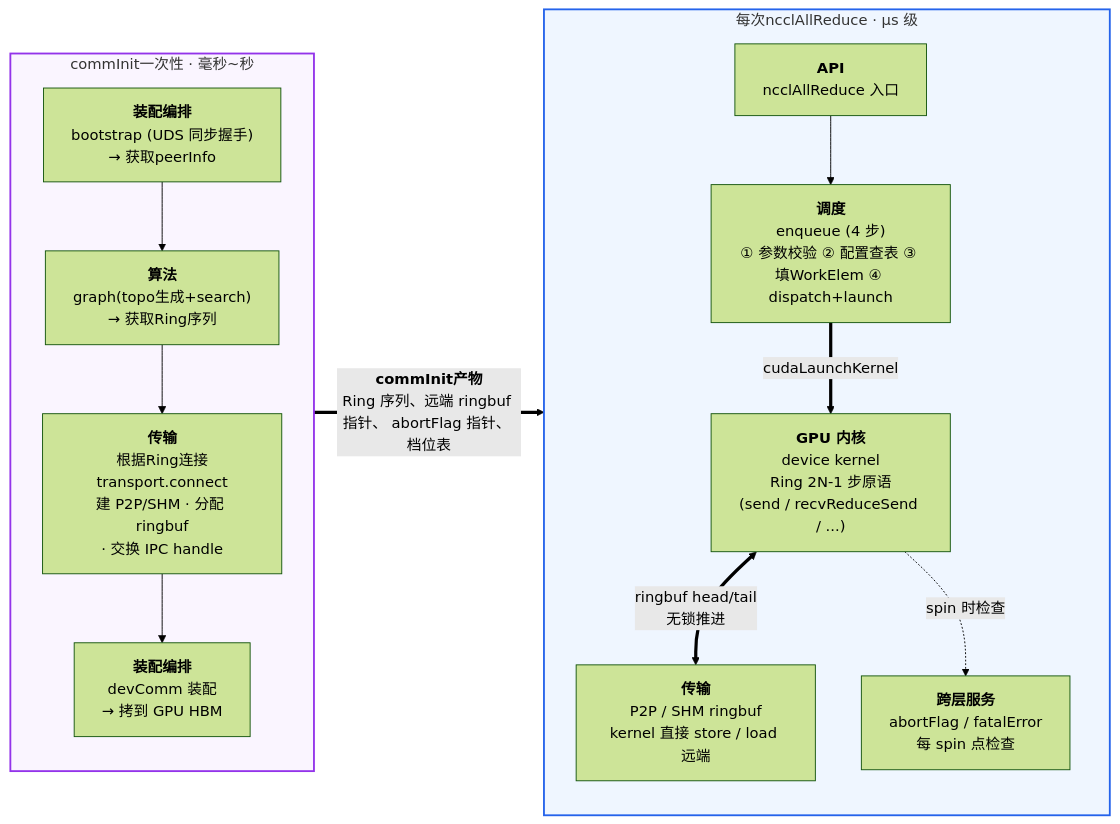
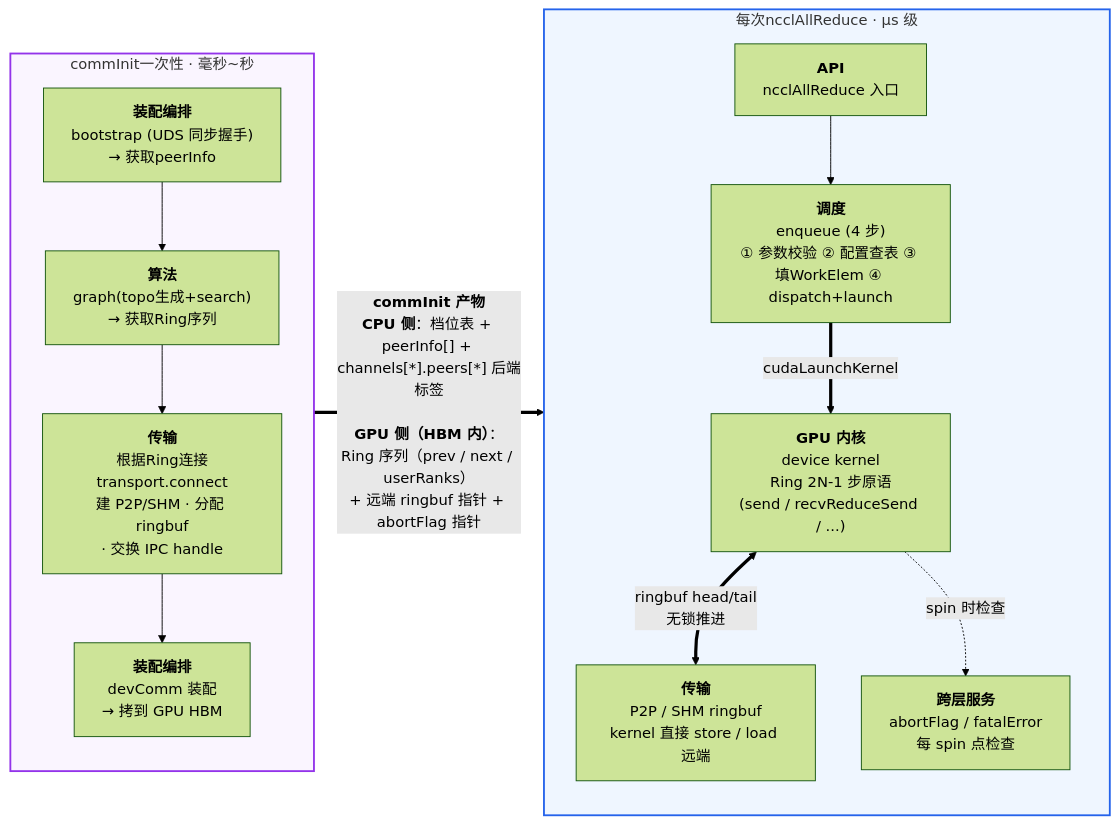
Before and after one commit to AaronYang238/nccl_doc: the first of 7 diagrams in allreduce-outline-design-v1.0/allreduce-outline-design-v2.0.md, drawn with Mermaid (forest theme). The commit also changed other lines of this file and 1 other file, not shown here.

````diff
--- a/allreduce-outline-design-v1.0/allreduce-outline-design-v2.0.md
+++ b/allreduce-outline-design-v1.0/allreduce-outline-design-v2.0.md
@@ -185,31 +185,31 @@
 ```mermaid
 flowchart LR
   subgraph INIT["commInit一次性 · 毫秒~秒"]
     direction TB
     I_BOOT["<b>装配编排</b><br/>bootstrap (UDS 同步握手)<br/>→ 获取peerInfo"]
     I_GRAPH["<b>算法</b><br/>graph(topo生成+search)<br/>→ 获取Ring序列"]
     I_CONN["<b>传输</b><br/>根据Ring连接transport.connect<br/>建 P2P/SHM · 分配 ringbuf<br/>· 交换 IPC handle"]
     I_DEV["<b>装配编排</b><br/>devComm 装配<br/>→ 拷到 GPU HBM"]
     I_BOOT --> I_GRAPH --> I_CONN --> I_DEV
   end
 
   subgraph RUN["每次ncclAllReduce · μs 级"]
     direction TB
     R_API["<b>API</b><br/>ncclAllReduce 入口"]
     R_ENQ["<b>调度</b><br/>enqueue (4 步)<br/>① 参数校验 ② 配置查表 ③ 填WorkElem ④ dispatch+launch"]
     R_KERN["<b>GPU 内核</b><br/>device kernel<br/>Ring 2N-1 步原语<br/>(send / recvReduceSend / ...)"]
     R_TX["<b>传输</b><br/>P2P / SHM ringbuf<br/>kernel 直接 store / load 远端"]
     R_ABORT["<b>跨层服务</b><br/>abortFlag / fatalError<br/>每 spin 点检查"]
     R_API --> R_ENQ
     R_ENQ == "cudaLaunchKernel" ==> R_KERN
     R_KERN <== "ringbuf head/tail<br/>无锁推进" ==> R_TX
     R_KERN -. "spin 时检查" .-> R_ABORT
   end
 
-  INIT == "<b>commInit产物</b><br/>Ring 序列、远端 ringbuf 指针、 abortFlag 指针、 档位表" ==> RUN
+  INIT == "<b>commInit 产物</b><br/><b>CPU 侧</b>：档位表 + peerInfo[] + channels[*].peers[*] 后端标签<br/><br/><b>GPU 侧（HBM 内）</b>：Ring 序列（prev / next / userRanks）<br/>+ 远端 ringbuf 指针 + abortFlag 指针" ==> RUN
 
   classDef p_init fill:#faf5ff,stroke:#9333ea,stroke-width:2px;
   classDef p_run fill:#eff6ff,stroke:#2563eb,stroke-width:2px;
   class INIT p_init
   class RUN p_run
 ```
````
